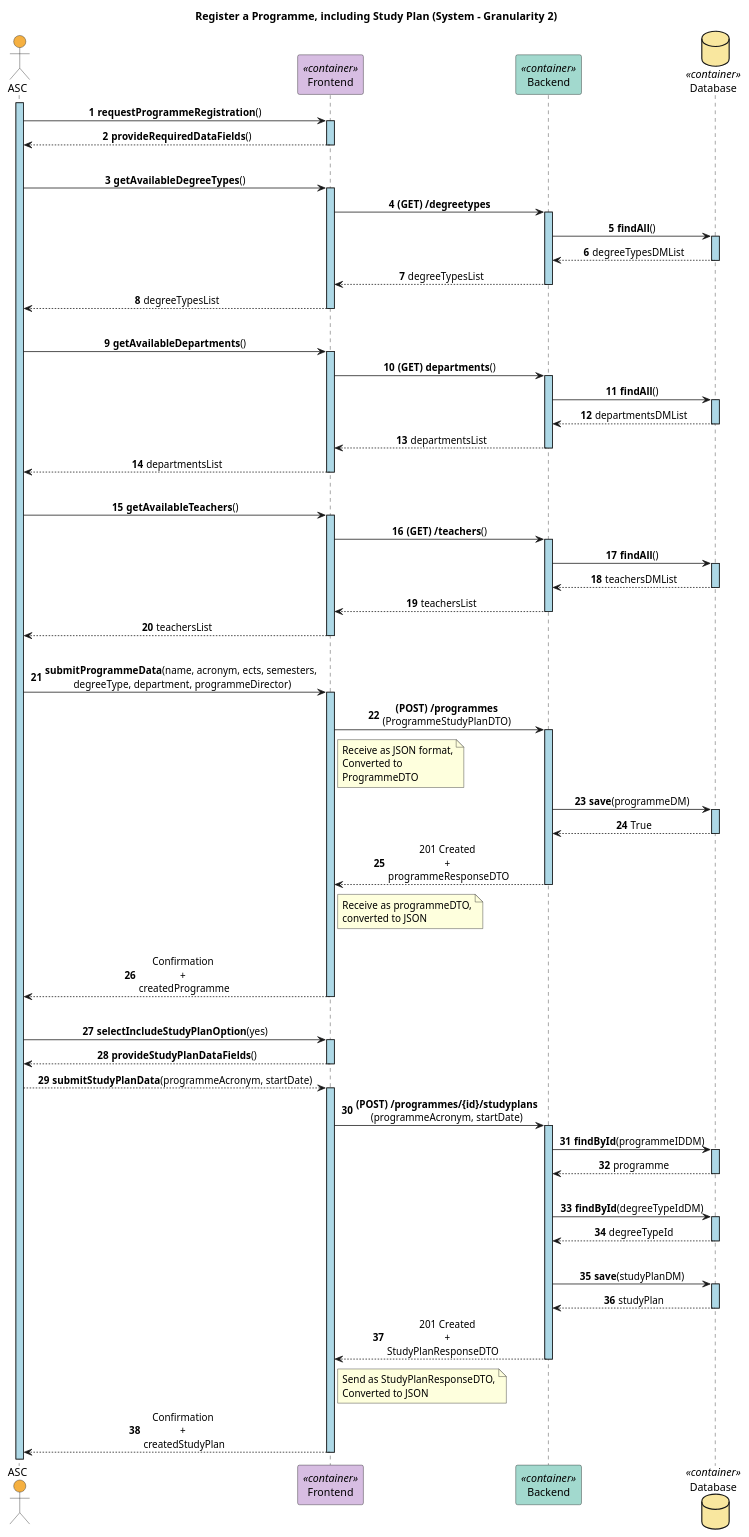
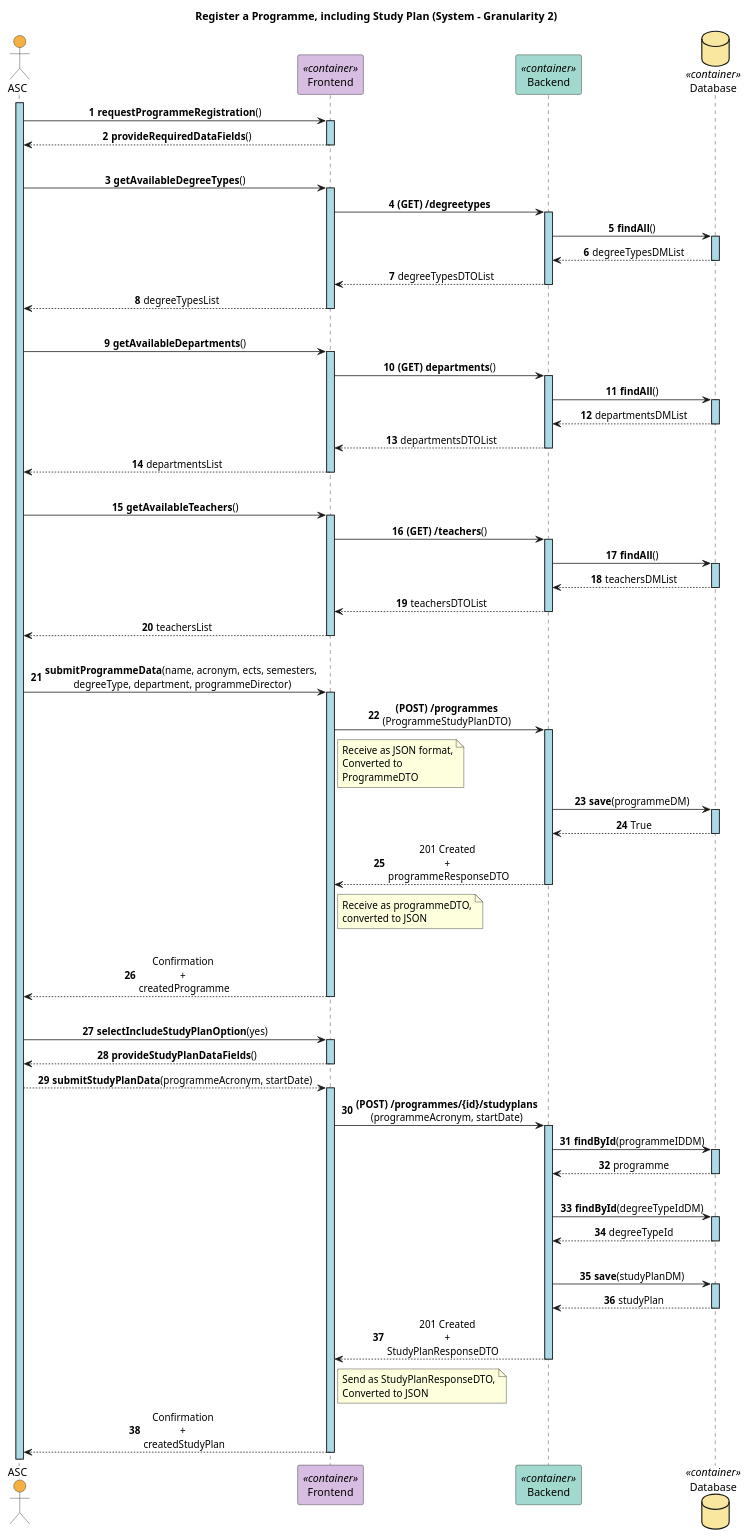
One commit to GasparISEP/DevOps-PAI changed the diagram in docs/US27/Sprint6/ProcessView/Level2.puml. Above: the diagram before and after it, drawn with PlantUML. The commit also changed 3 other files, not shown here.

Commit message:
Refactored US27 SceneryView diagrams to align with current codebase. (Closes #792)

```diff
--- a/docs/US27/Sprint6/ProcessView/Level2.puml
+++ b/docs/US27/Sprint6/ProcessView/Level2.puml
@@ -1,97 +1,97 @@
 @startuml
 title Register a Programme, including Study Plan (System - Granularity 2)
 skinparam sequenceLifeLineBackgroundColor lightblue
 skinparam sequenceMessageAlign center
 autonumber
 
 actor ASC #F5B041
 participant Frontend <<container>> #D7BDE2
 participant Backend <<container>> #A2D9CE
 database Database <<container>> #F9E79F
 
 activate ASC
 ASC -> Frontend++: **requestProgrammeRegistration**()
 Frontend --> ASC--: **provideRequiredDataFields**()
 |||
 ASC -> Frontend++: **getAvailableDegreeTypes**()
 Frontend -> Backend: **(GET) /degreetypes**
 activate Backend
 Backend -> Database: **findAll**()
 activate Database
 Database --> Backend: degreeTypesDMList
 deactivate Database
-Backend --> Frontend: degreeTypesList
+Backend --> Frontend: degreeTypesDTOList
 deactivate Backend
 Frontend --> ASC--: degreeTypesList
 |||
 ASC -> Frontend++: **getAvailableDepartments**()
 Frontend -> Backend: **(GET) departments**()
 activate Backend
 Backend -> Database: **findAll**()
 activate Database
 Database --> Backend: departmentsDMList
 deactivate Database
-Backend --> Frontend: departmentsList
+Backend --> Frontend: departmentsDTOList
 deactivate Backend
 Frontend --> ASC--: departmentsList
 |||
 ASC -> Frontend++: **getAvailableTeachers**()
 Frontend -> Backend: **(GET) /teachers**()
 activate Backend
 Backend -> Database: **findAll**()
 activate Database
 Database --> Backend: teachersDMList
 deactivate Database
-Backend --> Frontend: teachersList
+Backend --> Frontend: teachersDTOList
 deactivate Backend
 Frontend --> ASC--: teachersList
 |||
 ASC -> Frontend++: **submitProgrammeData**(name, acronym, ects, semesters, \ndegreeType, department, programmeDirector)
 Frontend -> Backend: **(POST) /programmes**\n(ProgrammeStudyPlanDTO)
 activate Backend
 note right Frontend
   Receive as JSON format,
   Converted to
   ProgrammeDTO
 end note
 
 Backend -> Database: **save**(programmeDM)
 activate Database
 Database --> Backend: True
 deactivate Database
 Backend --> Frontend: 201 Created \n+ \nprogrammeResponseDTO
 deactivate Backend
 note right Frontend
   Receive as programmeDTO,
   converted to JSON
 end note
 |||
 Frontend --> ASC--: Confirmation \n+ \ncreatedProgramme
 |||
 ASC -> Frontend++: **selectIncludeStudyPlanOption**(yes)
 Frontend --> ASC--: **provideStudyPlanDataFields**()
 ASC --> Frontend++: **submitStudyPlanData**(programmeAcronym, startDate)
 
 Frontend -> Backend++: **(POST) /programmes/{id}/studyplans**\n(programmeAcronym, startDate)
 Backend -> Database++: **findById**(programmeIDDM)
 Database --> Backend--: programme
 |||
 Backend -> Database: **findById**(degreeTypeIdDM)
 activate Database
 Backend <-- Database: degreeTypeId
 deactivate Database
 |||
 Backend -> Database: **save**(studyPlanDM)
 activate Database
 Database --> Backend: studyPlan
 deactivate Database
 
 Backend --> Frontend: 201 Created \n+ \nStudyPlanResponseDTO\t
 deactivate Backend
 note right Frontend
   Send as StudyPlanResponseDTO,
   Converted to JSON
 end note
 
 Frontend --> ASC--: Confirmation \n+ \ncreatedStudyPlan
 @enduml
```
